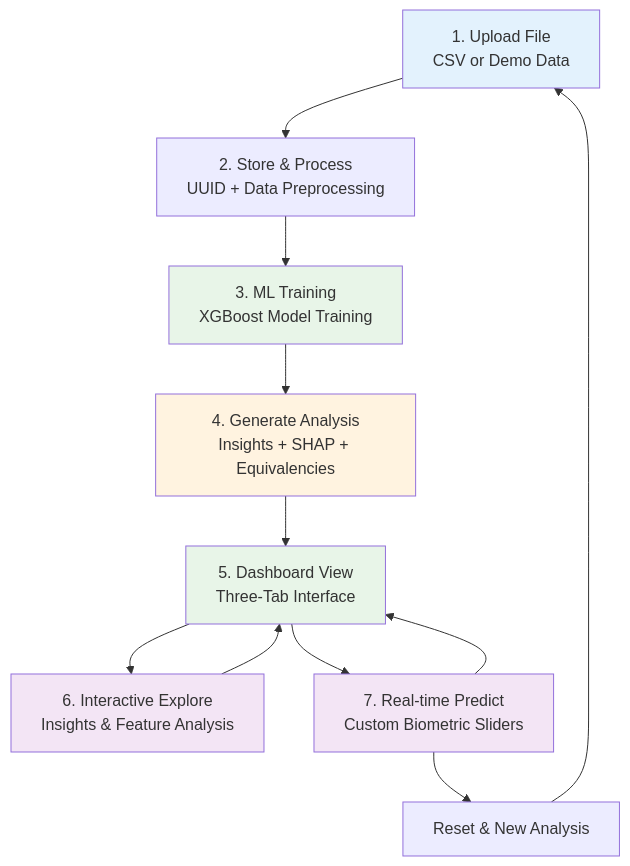
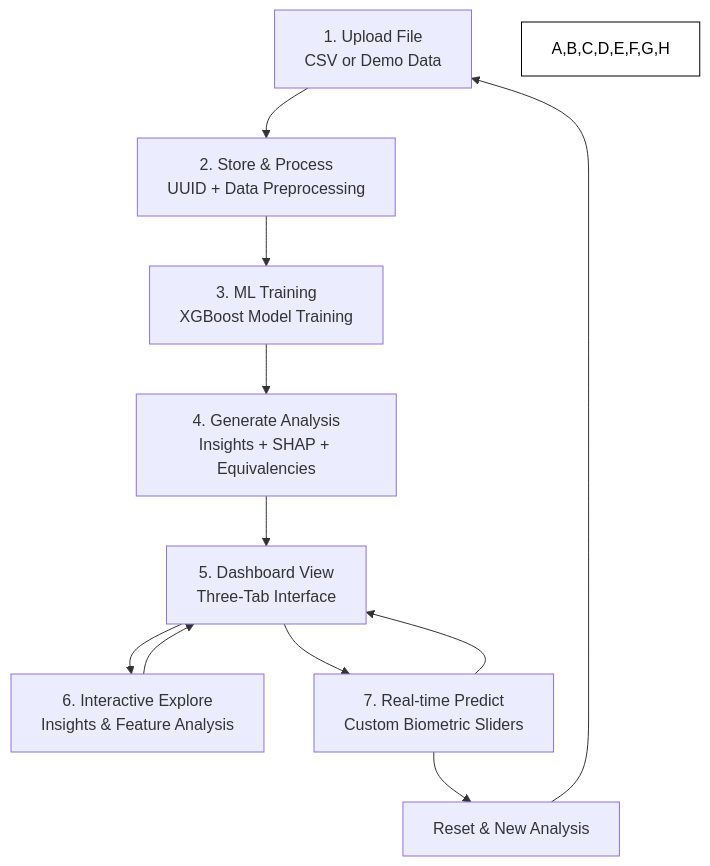
The diagram in documentation/simplified_flow_diagram.md (elliotrosen20/whoop-extended), drawn with Mermaid before and after one commit. The commit also changed 2 other files, not shown here.

Commit message:
Change mermaid diagrams

````diff
--- a/documentation/simplified_flow_diagram.md
+++ b/documentation/simplified_flow_diagram.md
@@ -5,21 +5,16 @@
 ```mermaid
 graph TD
     A["1. Upload File<br/>CSV or Demo Data"] --> B["2. Store & Process<br/>UUID + Data Preprocessing"]
     B --> C["3. ML Training<br/>XGBoost Model Training"]
     C --> D["4. Generate Analysis<br/>Insights + SHAP + Equivalencies"]
     D --> E["5. Dashboard View<br/>Three-Tab Interface"]
     E --> F["6. Interactive Explore<br/>Insights & Feature Analysis"]
     E --> G["7. Real-time Predict<br/>Custom Biometric Sliders"]
     
     F --> E
     G --> E
     G --> H["Reset & New Analysis"]
     H --> A
     
-    style A fill:#e3f2fd
-    style C fill:#e8f5e8
-    style D fill:#fff3e0
-    style E fill:#e8f5e8
-    style F fill:#f3e5f5
-    style G fill:#f3e5f5
+    style A,B,C,D,E,F,G,H fill:#ffffff,stroke:#000000,color:#000000
 ```
````
